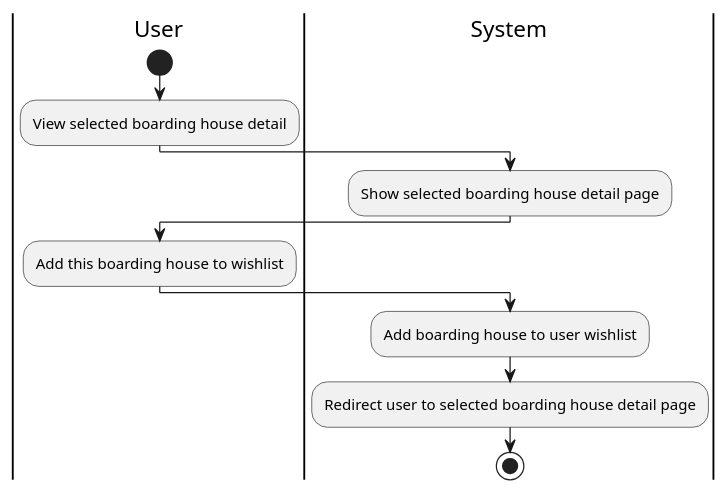
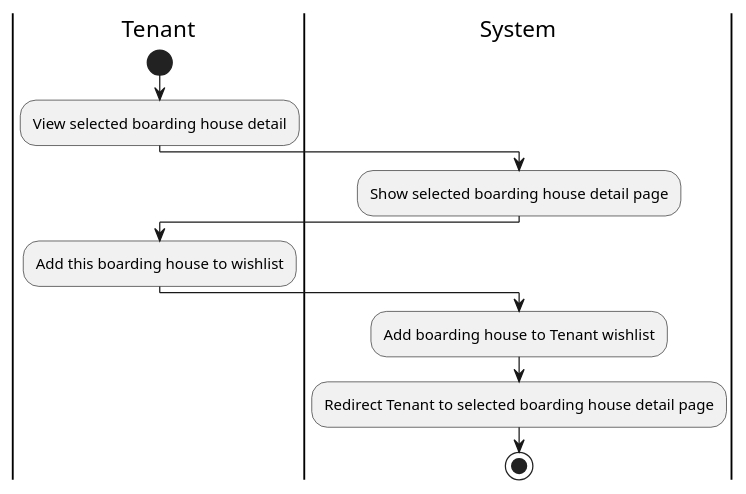
Before and after one commit to AntWort21/BHFMS: the diagram in Design/BHFMS_ACTIVITY/Add Wishlist.puml, drawn with PlantUML. The commit also changed 11 other files, not shown here.

Commit message:
adjusted all diagram's actor

```diff
--- a/Design/BHFMS_ACTIVITY/Add Wishlist.puml
+++ b/Design/BHFMS_ACTIVITY/Add Wishlist.puml
@@ -1,18 +1,18 @@
 @startuml
 
-|User|
+|Tenant|
 start
     :View selected boarding house detail;
 
 |System|
     :Show selected boarding house detail page;
 
-|User|
+|Tenant|
     :Add this boarding house to wishlist;
 
 |System|
-    :Add boarding house to user wishlist;
-    :Redirect user to selected boarding house detail page;
+    :Add boarding house to Tenant wishlist;
+    :Redirect Tenant to selected boarding house detail page;
 stop
 
 @enduml
```
